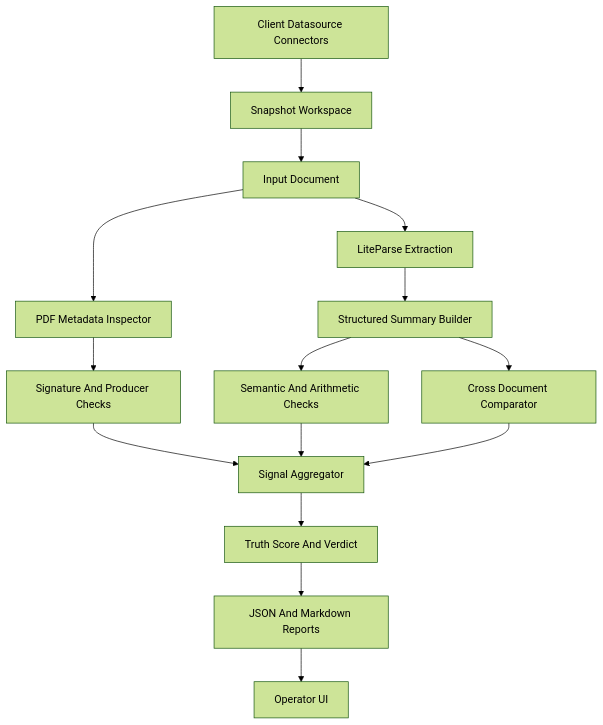
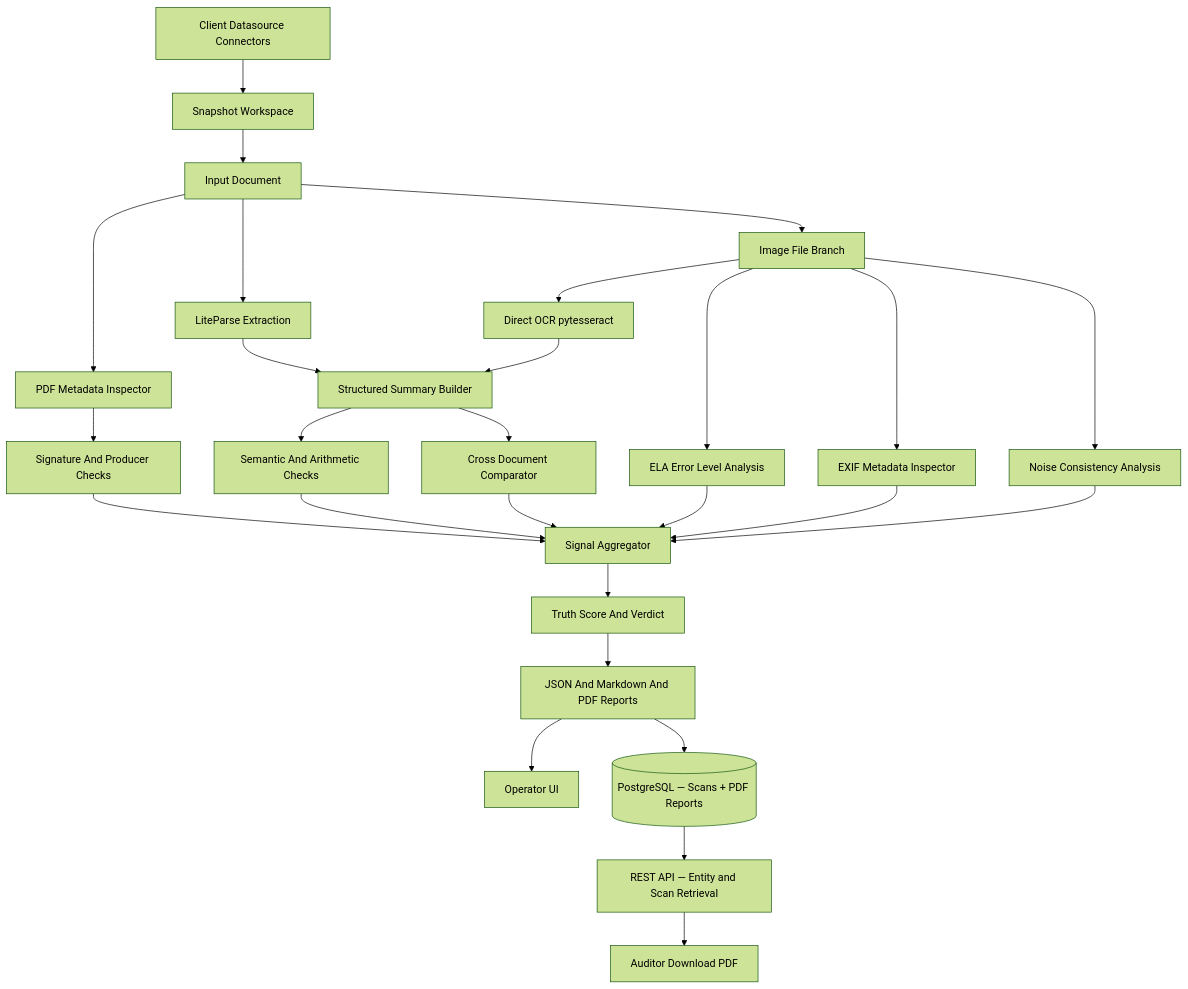
Before and after one commit to maluskarhrishikesh-afk/BaseTruth: the diagram in docs/ARCHITECTURE.md, drawn with Mermaid (forest theme). The commit also changed other lines of this file and 19 other files, not shown here.

First line of the commit message:
feat: modern UI polish + fix Records dark mode + auto PDF on bulk scan

````diff
--- a/docs/ARCHITECTURE.md
+++ b/docs/ARCHITECTURE.md
@@ -7,17 +7,29 @@
 ```mermaid
 flowchart TD
   A[Input Document] --> B[PDF Metadata Inspector]
   A --> C[LiteParse Extraction]
+  A --> IMG[Image File Branch]
+  IMG --> IMGOCR[Direct OCR pytesseract]
+  IMG --> ELA[ELA Error Level Analysis]
+  IMG --> EXIF[EXIF Metadata Inspector]
+  IMG --> NOISE[Noise Consistency Analysis]
   X[Client Datasource Connectors] --> Y[Snapshot Workspace]
   Y --> A
   C --> D[Structured Summary Builder]
   D --> E[Semantic And Arithmetic Checks]
   B --> F[Signature And Producer Checks]
   D --> G[Cross Document Comparator]
-  E --> H[Signal Aggregator]
+  IMGOCR --> D
+  ELA --> H[Signal Aggregator]
+  EXIF --> H
+  NOISE --> H
+  E --> H
   F --> H
   G --> H
   H --> I[Truth Score And Verdict]
-  I --> J[JSON And Markdown Reports]
+  I --> J[JSON And Markdown And PDF Reports]
   J --> K[Operator UI]
+  J --> DB[(PostgreSQL — Scans + PDF Reports)]
+  DB --> API[REST API — Entity and Scan Retrieval]
+  API --> AUD[Auditor Download PDF]
 ```
````
